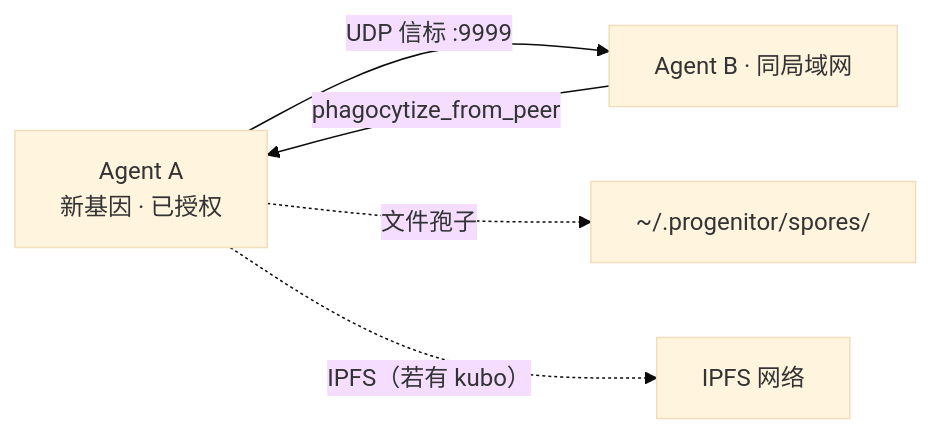
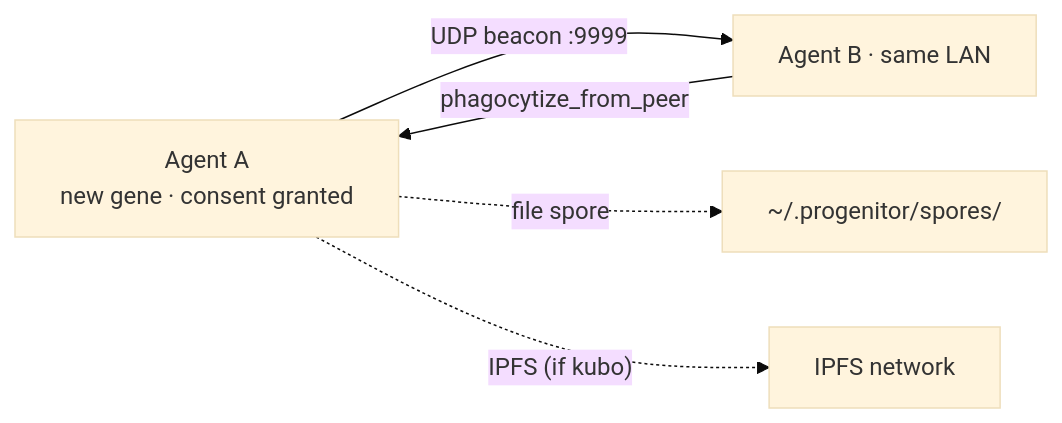
Before and after one commit to Audrey-cn/progenitor-protocol: the second of 2 diagrams in README_CN.md, drawn with Mermaid (base theme). The commit also changed other lines of this file and 1 other file, not shown here.

````diff
--- a/README_CN.md
+++ b/README_CN.md
@@ -222,7 +270,7 @@
 ```mermaid
 flowchart LR
-    A["Agent A<br/>新基因 · 已授权"] -->|"UDP 信标 :9999"| B["Agent B · 同局域网"]
+    A["Agent A<br/>new gene · consent granted"] -->|"UDP beacon :9999"| B["Agent B · same LAN"]
     B -->|"phagocytize_from_peer"| A
-    A -. "文件孢子" .-> FS["~/.progenitor/spores/"]
-    A -. "IPFS（若有 kubo）" .-> IPFS["IPFS 网络"]
+    A -. "file spore" .-> FS["~/.progenitor/spores/"]
+    A -. "IPFS (if kubo)" .-> IPFS["IPFS network"]
 ```
````
